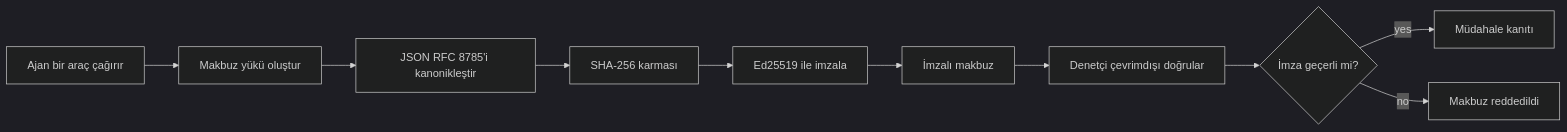
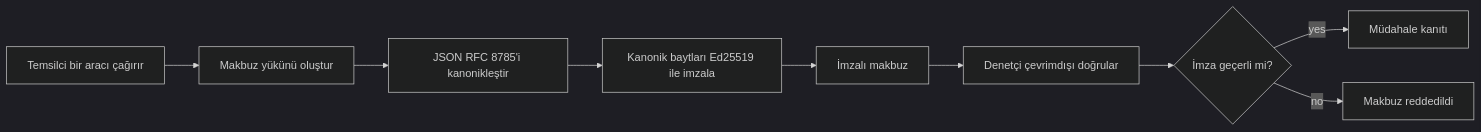
Before and after one commit to gabrielmoreira/agent-skills-mirror: the first of 2 diagrams in mirrors/repos/microsoft@ai-agents-for-beginners/translations/tr/18-securing-ai-agents/README.md, drawn with Mermaid (dark theme). The commit also changed other lines of this file and 4262 other files, not shown here.

````diff
--- a/mirrors/repos/microsoft@ai-agents-for-beginners/translations/tr/18-securing-ai-agents/README.md
+++ b/mirrors/repos/microsoft@ai-agents-for-beginners/translations/tr/18-securing-ai-agents/README.md
@@ -51,12 +51,11 @@
 ```mermaid
 flowchart LR
-    A[Ajan bir araç çağırır] --> B[Makbuz yükü oluştur]
+    A[Temsilci bir aracı çağırır] --> B[Makbuz yükünü oluştur]
     B --> C[JSON RFC 8785'i kanonikleştir]
-    C --> D[SHA-256 karması]
-    D --> E[Ed25519 ile imzala]
+    C --> E[Kanonik baytları Ed25519 ile imzala]
     E --> F[İmzalı makbuz]
     F --> G[Denetçi çevrimdışı doğrular]
     G --> H{İmza geçerli mi?}
     H -- yes --> I[Müdahale kanıtı]
     H -- no --> J[Makbuz reddedildi]
 ```
````
